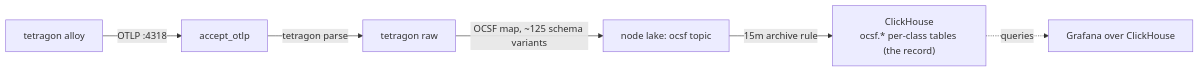
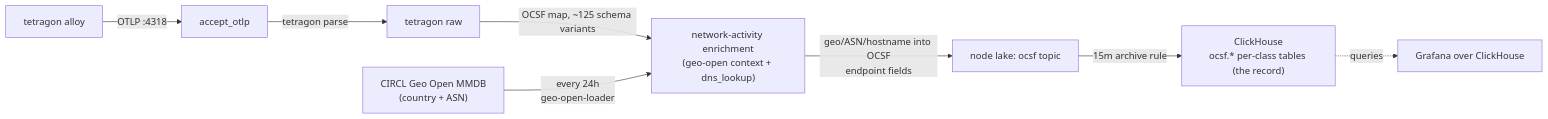
Before and after one commit to Apocrathia/homelab: the diagram in flux/manifests/03-services/observability/tenzir/nodes/tetragon/README.md, drawn with Mermaid. The commit also changed other lines of this file and 10 other files, not shown here.

````diff
--- a/flux/manifests/03-services/observability/tenzir/nodes/tetragon/README.md
+++ b/flux/manifests/03-services/observability/tenzir/nodes/tetragon/README.md
@@ -31,8 +35,10 @@
 ```mermaid
 flowchart LR
     TT[tetragon alloy] -->|"OTLP :4318"| AO[accept_otlp]
     AO -->|"tetragon parse"| TR["tetragon raw"]
-    TR -->|"OCSF map, ~125 schema variants"| LAKE["node lake: ocsf topic"]
+    TR -->|"OCSF map, ~125 schema variants"| ENR["network-activity enrichment<br/>(geo-open context + dns_lookup)"]
+    CIRCL["CIRCL Geo Open MMDB<br/>(country + ASN)"] -->|"every 24h<br/>geo-open-loader"| ENR
+    ENR -->|"geo/ASN/hostname into OCSF<br/>endpoint fields"| LAKE["node lake: ocsf topic"]
     LAKE -->|"15m archive rule"| CH["ClickHouse<br/>ocsf.* per-class tables (the record)"]
     CH -.->|"queries"| GRAF["Grafana over ClickHouse"]
 ```
````
